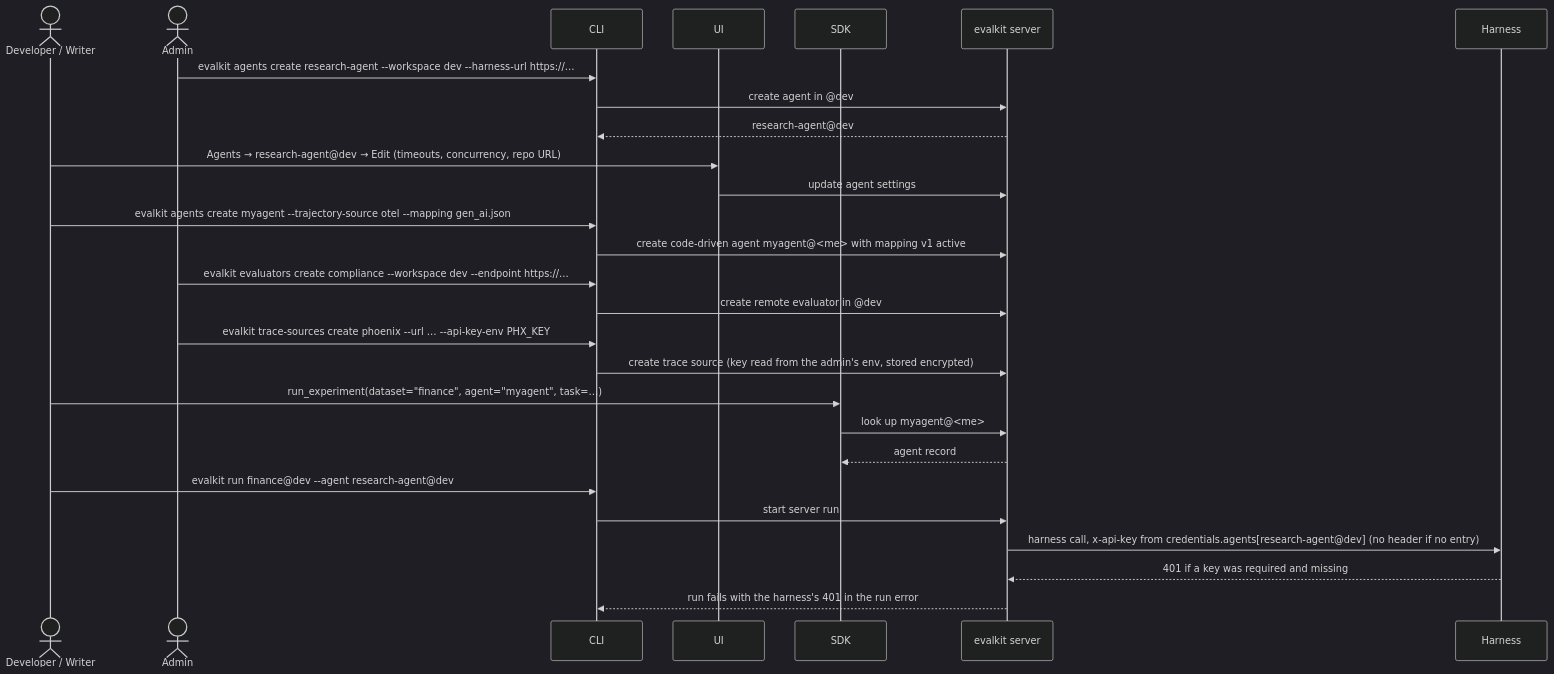
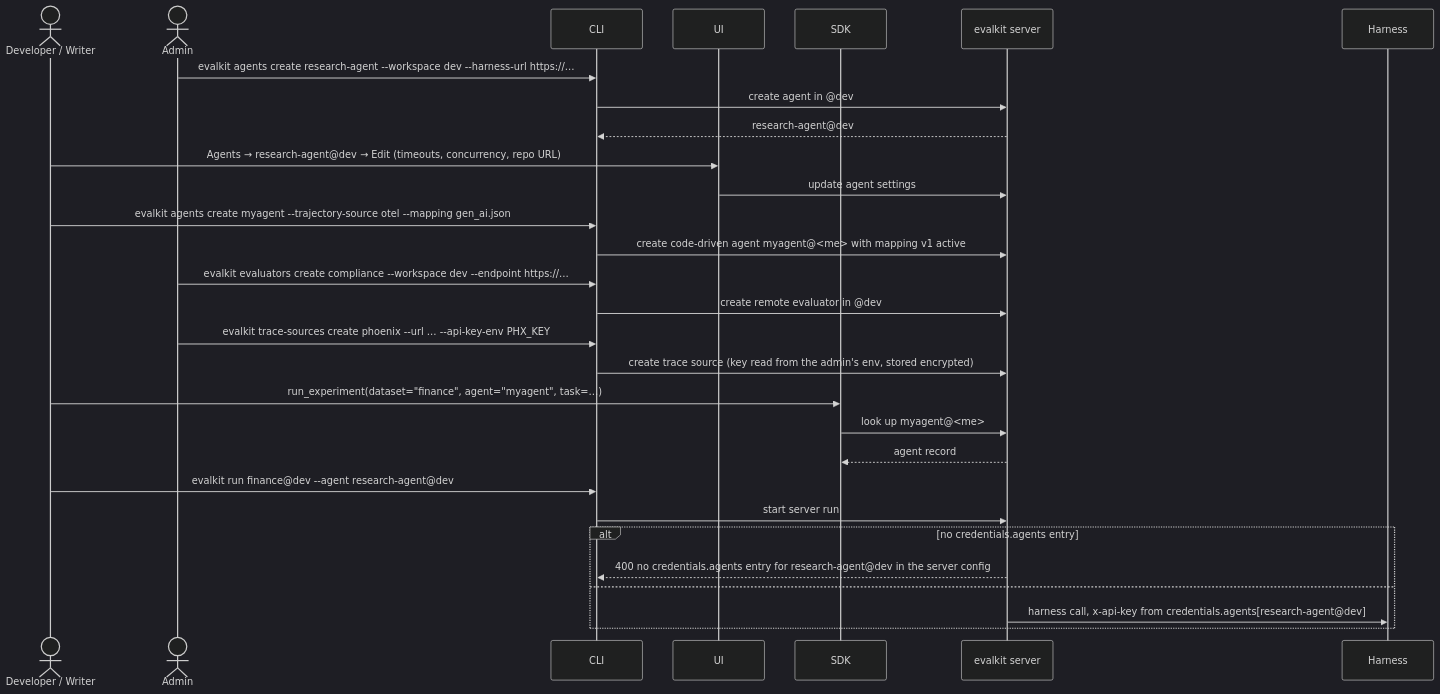
Before and after one commit to inferedge-ai/evalkit: the diagram in docs/flows/17-agent-and-evaluator-admin.md, drawn with Mermaid (dark theme). The commit also changed other lines of this file and 75 other files, not shown here.

````diff
--- a/docs/flows/17-agent-and-evaluator-admin.md
+++ b/docs/flows/17-agent-and-evaluator-admin.md
@@ -56,30 +56,32 @@
 ```mermaid
 sequenceDiagram
   actor D as Developer / Writer
   actor A as Admin
   participant CLI
   participant UI
   participant SDK
   participant S as evalkit server
   participant H as Harness
 
   A->>CLI: evalkit agents create research-agent --workspace dev --harness-url https://…
   CLI->>S: create agent in @dev
   S-->>CLI: research-agent@dev
   D->>UI: Agents → research-agent@dev → Edit (timeouts, concurrency, repo URL)
   UI->>S: update agent settings
   D->>CLI: evalkit agents create myagent --trajectory-source otel --mapping gen_ai.json
   CLI->>S: create code-driven agent myagent@<me> with mapping v1 active
   A->>CLI: evalkit evaluators create compliance --workspace dev --endpoint https://…
   CLI->>S: create remote evaluator in @dev
   A->>CLI: evalkit trace-sources create phoenix --url … --api-key-env PHX_KEY
   CLI->>S: create trace source (key read from the admin's env, stored encrypted)
   D->>SDK: run_experiment(dataset="finance", agent="myagent", task=…)
   SDK->>S: look up myagent@<me>
   S-->>SDK: agent record
   D->>CLI: evalkit run finance@dev --agent research-agent@dev
   CLI->>S: start server run
-  S->>H: harness call, x-api-key from credentials.agents[research-agent@dev] (no header if no entry)
-  H-->>S: 401 if a key was required and missing
-  S-->>CLI: run fails with the harness's 401 in the run error
+  alt no credentials.agents entry
+    S-->>CLI: 400 no credentials.agents entry for research-agent@dev in the server config
+  else
+    S->>H: harness call, x-api-key from credentials.agents[research-agent@dev]
+  end
 ```
````
